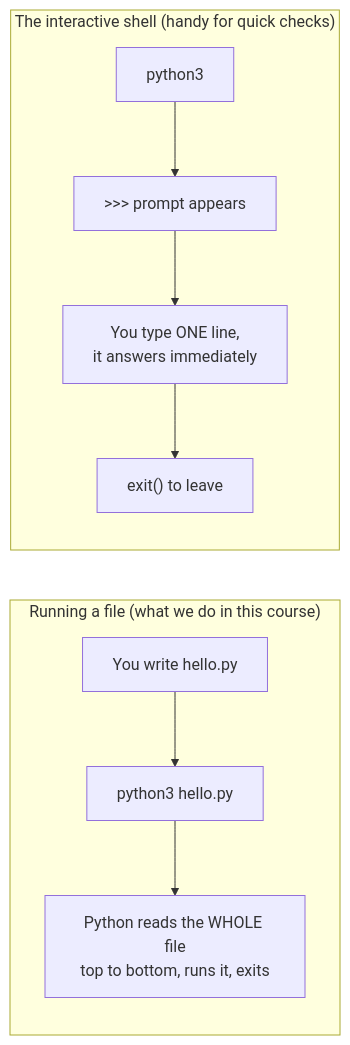
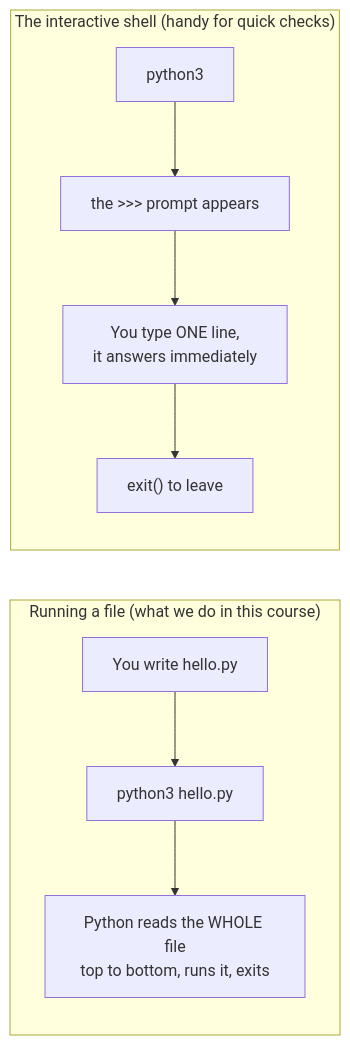
The first of 2 diagrams in SETUP.md (vasa-hadzheha/Python-basics), drawn with Mermaid before and after one commit. The commit also changed other lines of this file and 9 other files, not shown here.

````diff
--- a/SETUP.md
+++ b/SETUP.md
@@ -140,14 +146,14 @@
 ```mermaid
 flowchart LR
     subgraph SCRIPT["Running a file (what we do in this course)"]
         direction TB
         S1["You write hello.py"] --> S2["python3 hello.py"]
         S2 --> S3["Python reads the WHOLE file<br/>top to bottom, runs it, exits"]
     end
     subgraph REPL["The interactive shell (handy for quick checks)"]
         direction TB
-        R1["python3"] --> R2["&gt;&gt;&gt; prompt appears"]
+        R1["python3"] --> R2["the >>> prompt appears"]
         R2 --> R3["You type ONE line,<br/>it answers immediately"]
         R3 --> R4["exit() to leave"]
     end
 ```
````
